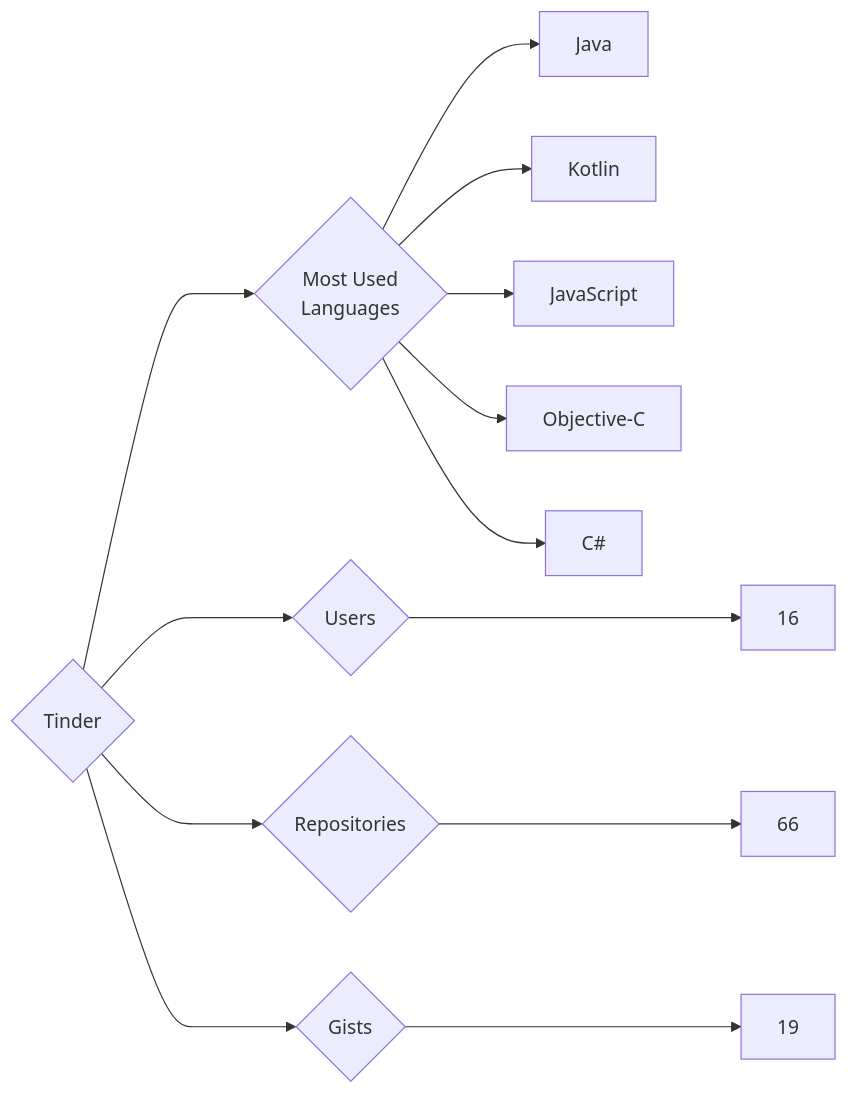
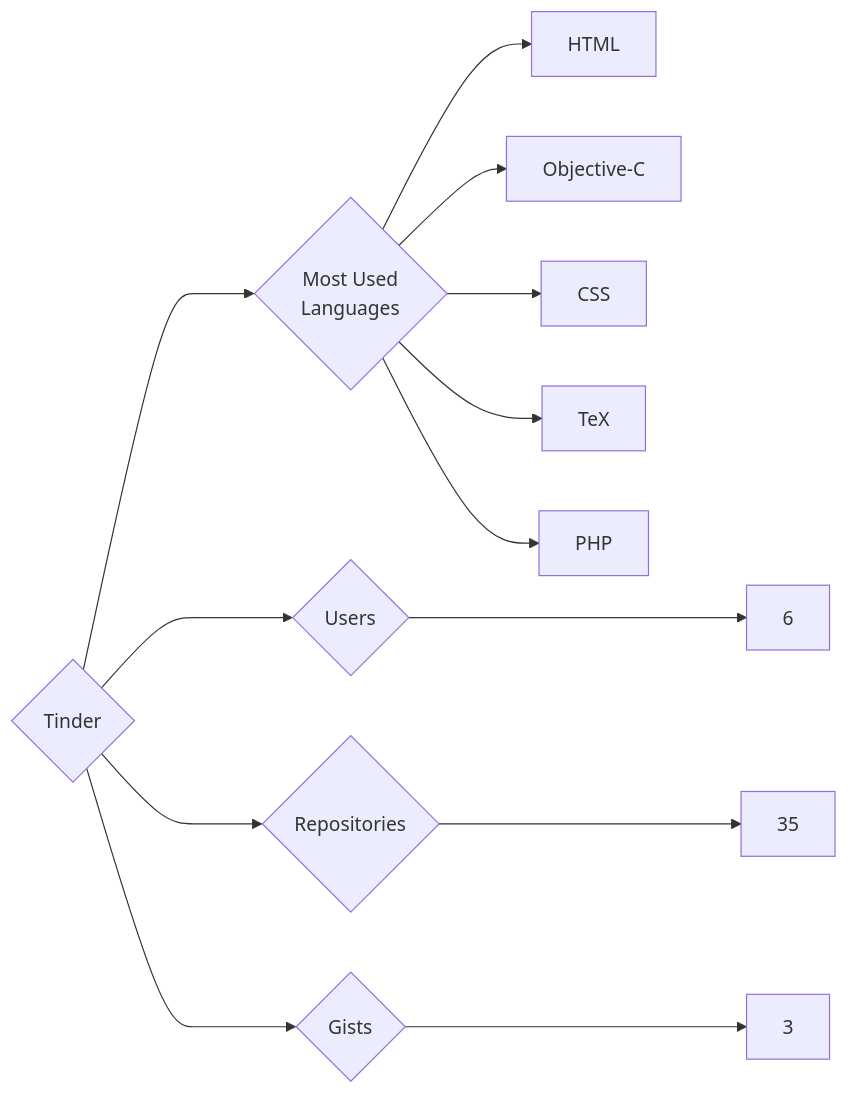
Before and after one commit to trickest/insiders: the diagram in targets/Tinder/README.md, drawn with Mermaid. The commit also changed 871 other files, not shown here.

````diff
--- a/targets/Tinder/README.md
+++ b/targets/Tinder/README.md
@@ -3,13 +3,13 @@
 ```mermaid
 graph LR
 COMPANY_NAME{Tinder}
-COMPANY_NAME ---> U{Users} ---> UN[16]
-COMPANY_NAME ---> R{Repositories} ---> RN[66]
-COMPANY_NAME ---> G{Gists} ---> GN[19]
+COMPANY_NAME ---> U{Users} ---> UN[6]
+COMPANY_NAME ---> R{Repositories} ---> RN[35]
+COMPANY_NAME ---> G{Gists} ---> GN[3]
 COMPANY_NAME ---> ML{Most Used<br>Languages}
-ML --> Java[Java]
-ML --> Kotlin[Kotlin]
-ML --> JavaScript[JavaScript]
+ML --> HTML[HTML]
 ML --> Objective-C[Objective-C]
-ML --> C#[C#]
+ML --> CSS[CSS]
+ML --> TeX[TeX]
+ML --> PHP[PHP]
 ```
````
